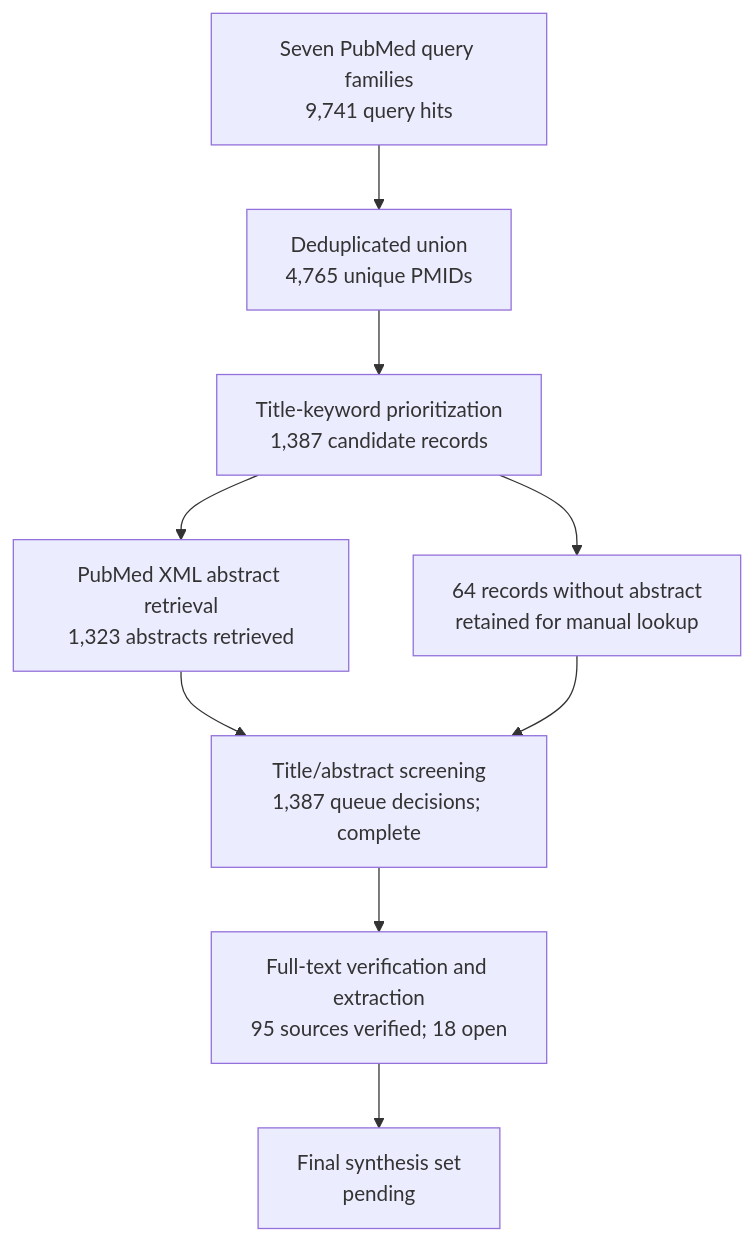
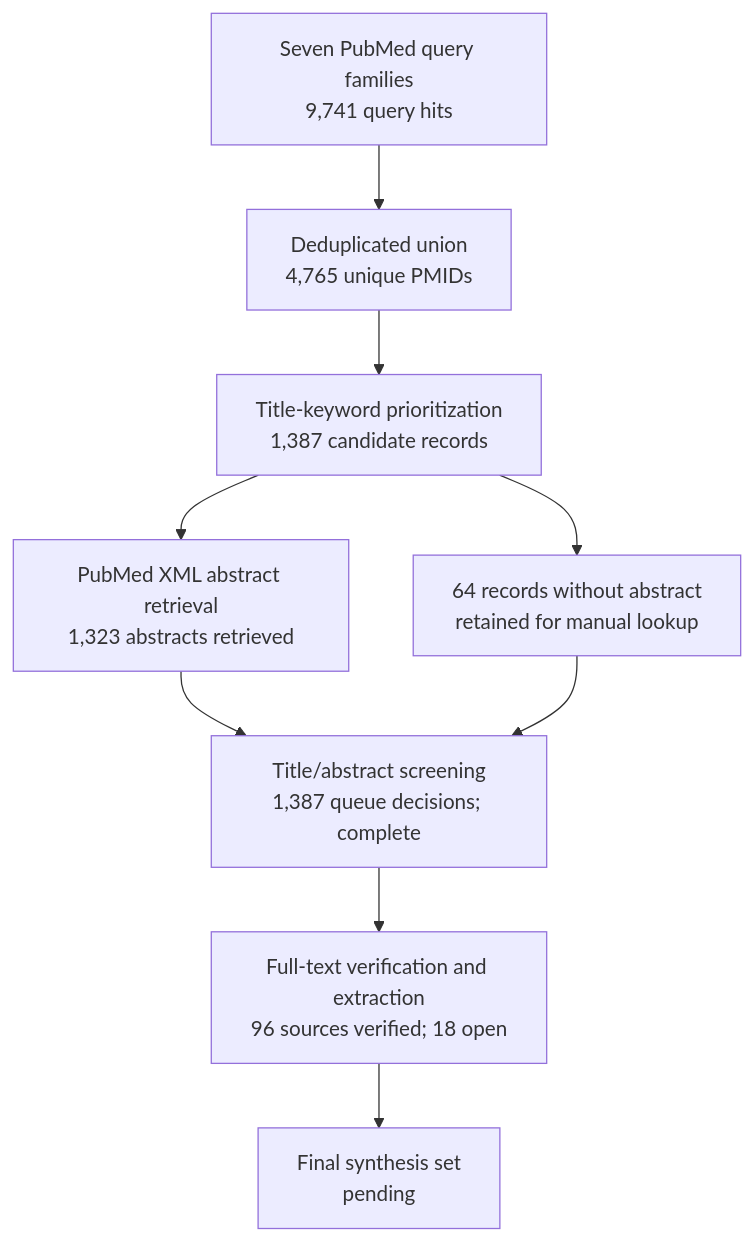
Before and after one commit to dcmcshan/artemisia: the diagram in manuscript/review-flow.md, drawn with Mermaid. The commit also changed other lines of this file and 23 other files, not shown here.

````diff
--- a/manuscript/review-flow.md
+++ b/manuscript/review-flow.md
@@ -5,11 +5,11 @@
 ```mermaid
 flowchart TB
   Q[Seven PubMed query families<br/>9,741 query hits] --> U[Deduplicated union<br/>4,765 unique PMIDs]
   U --> T[Title-keyword prioritization<br/>1,387 candidate records]
   T --> A[PubMed XML abstract retrieval<br/>1,323 abstracts retrieved]
   T --> N[64 records without abstract<br/>retained for manual lookup]
   A --> M[Title/abstract screening<br/>1,387 queue decisions; complete]
   N --> M
-  M --> F[Full-text verification and extraction<br/>95 sources verified; 18 open]
+  M --> F[Full-text verification and extraction<br/>96 sources verified; 18 open]
   F --> S[Final synthesis set<br/>pending]
 ```
````
